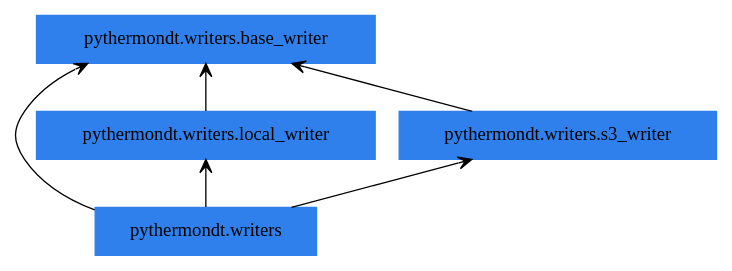
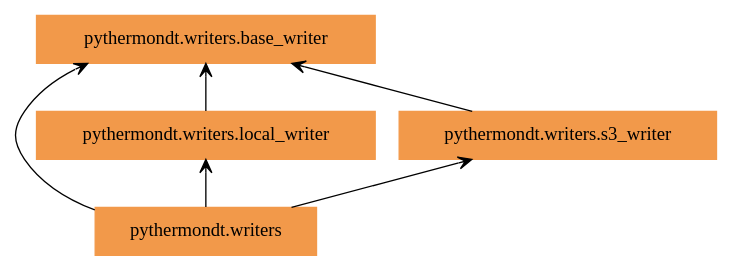
The diagram in docs/pyreverse/packages_pythermondt.writers.gv (voidsy-gmbh/pyThermoNDT), drawn with Graphviz before and after one commit. The commit also changed 25 other files, not shown here.

Commit message:
Update pyreverse diagrams

```diff
--- a/docs/pyreverse/packages_pythermondt.writers.gv
+++ b/docs/pyreverse/packages_pythermondt.writers.gv
@@ -1,13 +1,13 @@
 digraph "packages_pythermondt.writers" {
 rankdir=BT
 charset="utf-8"
-"pythermondt.writers" [color="#2F80ED", label=<pythermondt.writers>, shape="box", style="filled"];
-"pythermondt.writers.base_writer" [color="#2F80ED", label=<pythermondt.writers.base_writer>, shape="box", style="filled"];
-"pythermondt.writers.local_writer" [color="#2F80ED", label=<pythermondt.writers.local_writer>, shape="box", style="filled"];
-"pythermondt.writers.s3_writer" [color="#2F80ED", label=<pythermondt.writers.s3_writer>, shape="box", style="filled"];
+"pythermondt.writers" [color="#F2994A", label=<pythermondt.writers>, shape="box", style="filled"];
+"pythermondt.writers.base_writer" [color="#F2994A", label=<pythermondt.writers.base_writer>, shape="box", style="filled"];
+"pythermondt.writers.local_writer" [color="#F2994A", label=<pythermondt.writers.local_writer>, shape="box", style="filled"];
+"pythermondt.writers.s3_writer" [color="#F2994A", label=<pythermondt.writers.s3_writer>, shape="box", style="filled"];
 "pythermondt.writers" -> "pythermondt.writers.base_writer" [arrowhead="open", arrowtail="none"];
 "pythermondt.writers" -> "pythermondt.writers.local_writer" [arrowhead="open", arrowtail="none"];
 "pythermondt.writers" -> "pythermondt.writers.s3_writer" [arrowhead="open", arrowtail="none"];
 "pythermondt.writers.local_writer" -> "pythermondt.writers.base_writer" [arrowhead="open", arrowtail="none"];
 "pythermondt.writers.s3_writer" -> "pythermondt.writers.base_writer" [arrowhead="open", arrowtail="none"];
 }
```
